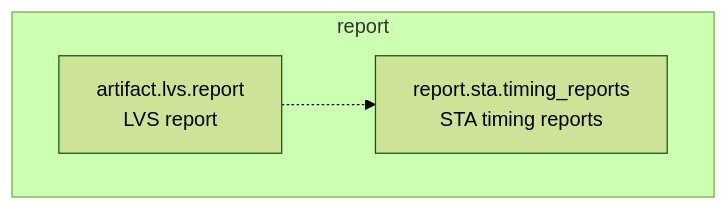
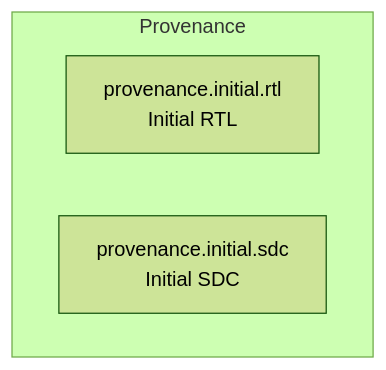
One commit to openecos-projects/ecc changed the ninth of 45 diagrams in .github/signoff-board/signoff-kanban.md. Above: the diagram before and after it, drawn with Mermaid (forest theme). The commit also changed other lines of this file and 4 other files, not shown here.

````diff
--- a/.github/signoff-board/signoff-kanban.md
+++ b/.github/signoff-board/signoff-kanban.md
@@ -146,8 +319,7 @@
 ```mermaid
 flowchart TB
-  subgraph cat_report["report"]
-    artifact_lvs_report["artifact.lvs.report<br/>LVS report"]
-    report_sta_timing_reports["report.sta.timing_reports<br/>STA timing reports"]
+  subgraph cat_provenance["Provenance"]
+    provenance_initial_rtl["provenance.initial.rtl<br/>Initial RTL"]
+    provenance_initial_sdc["provenance.initial.sdc<br/>Initial SDC"]
   end
-  artifact_lvs_report -.-> report_sta_timing_reports
 ```
````
